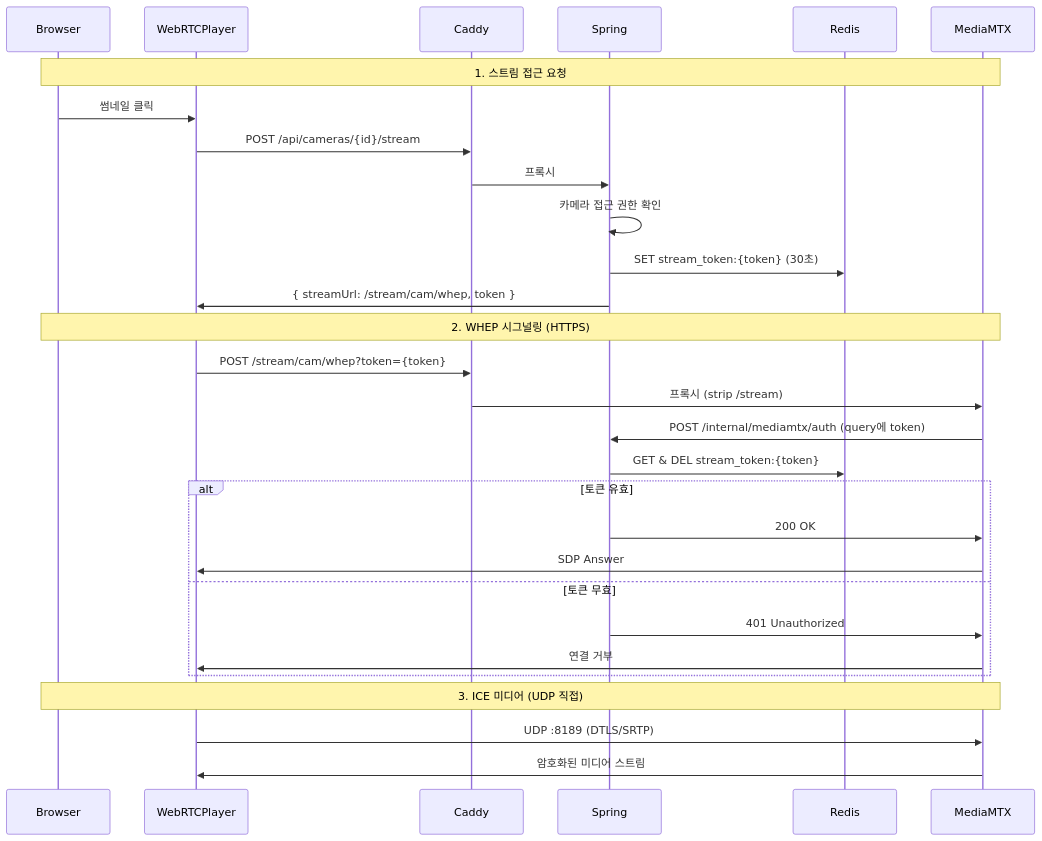
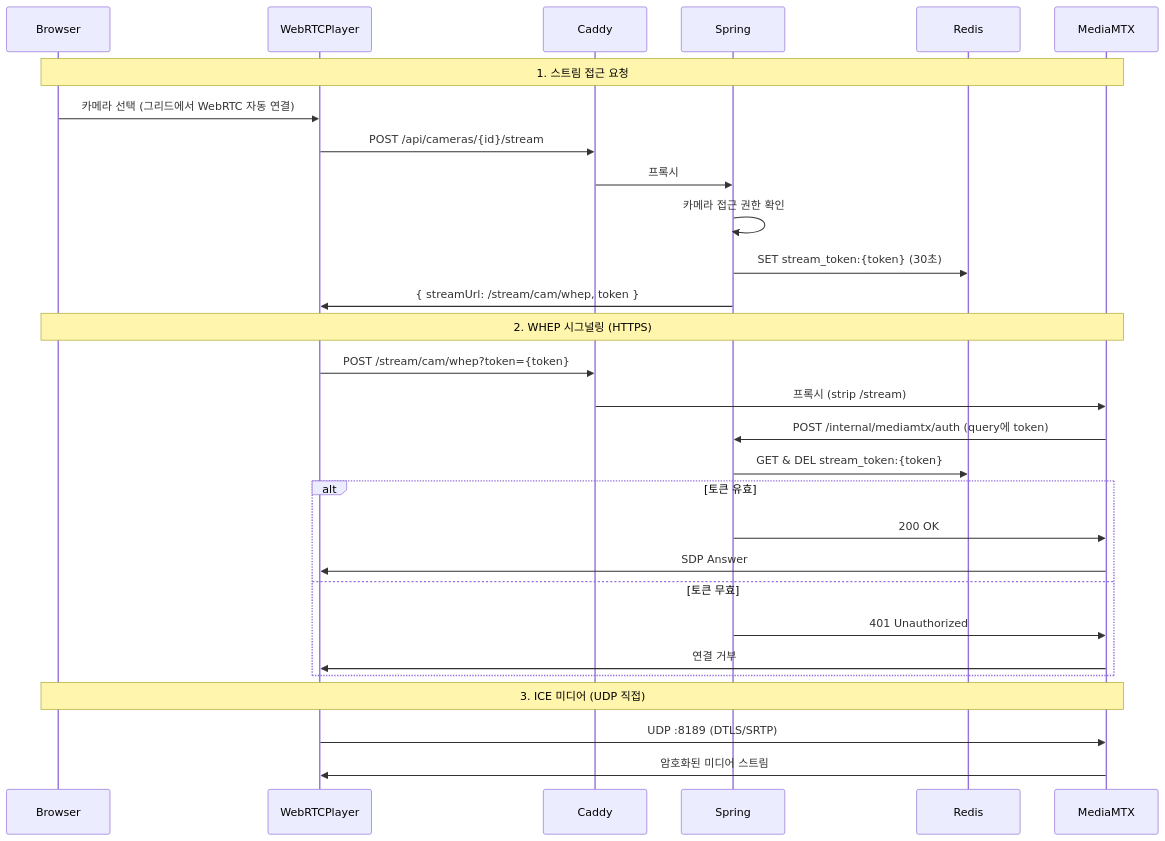
The fourth of 7 diagrams in WORKFLOWS.md (AIX-01/aegis-frontend), drawn with Mermaid before and after one commit. The commit also changed other lines of this file, not shown here.

````diff
--- a/WORKFLOWS.md
+++ b/WORKFLOWS.md
@@ -854,35 +861,35 @@
 ```mermaid
 sequenceDiagram
     participant B as Browser
     participant WP as WebRTCPlayer
     participant C as Caddy
     participant S as Spring
     participant R as Redis
     participant MTX as MediaMTX
 
     Note over B,MTX: 1. 스트림 접근 요청
-    B->>WP: 썸네일 클릭
+    B->>WP: 카메라 선택 (그리드에서 WebRTC 자동 연결)
     WP->>C: POST /api/cameras/{id}/stream
     C->>S: 프록시
     S->>S: 카메라 접근 권한 확인
     S->>R: SET stream_token:{token} (30초)
     S->>WP: { streamUrl: /stream/cam/whep, token }
 
     Note over B,MTX: 2. WHEP 시그널링 (HTTPS)
     WP->>C: POST /stream/cam/whep?token={token}
     C->>MTX: 프록시 (strip /stream)
     MTX->>S: POST /internal/mediamtx/auth (query에 token)
     S->>R: GET & DEL stream_token:{token}
     
     alt 토큰 유효
         S->>MTX: 200 OK
         MTX->>WP: SDP Answer
     else 토큰 무효
         S->>MTX: 401 Unauthorized
         MTX->>WP: 연결 거부
     end
 
     Note over B,MTX: 3. ICE 미디어 (UDP 직접)
     WP->>MTX: UDP :8189 (DTLS/SRTP)
     MTX->>WP: 암호화된 미디어 스트림
 ```
````
